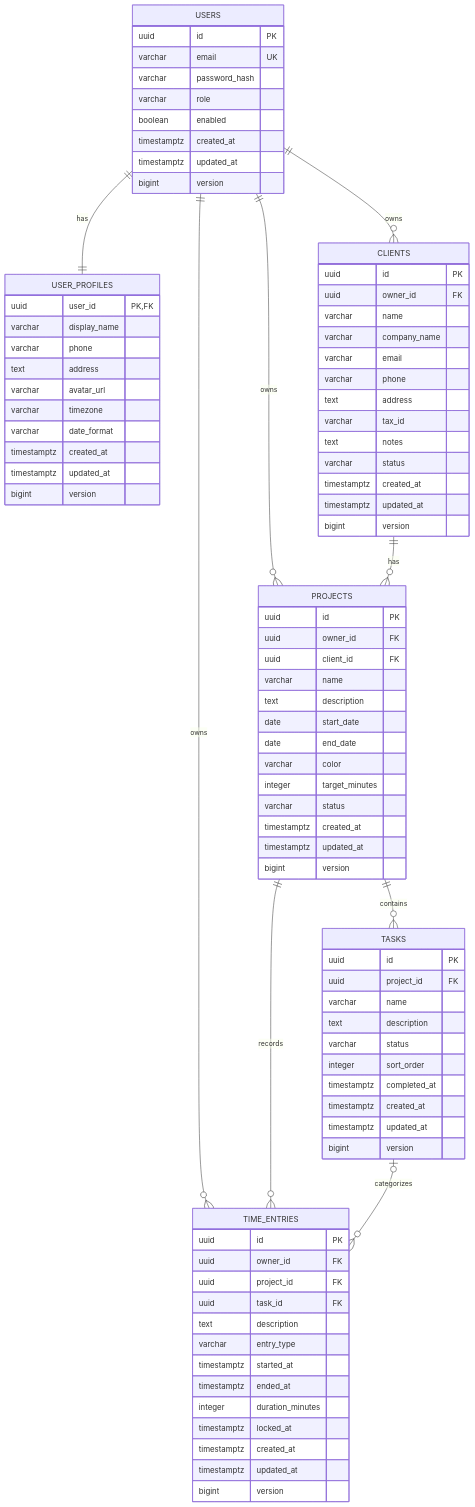
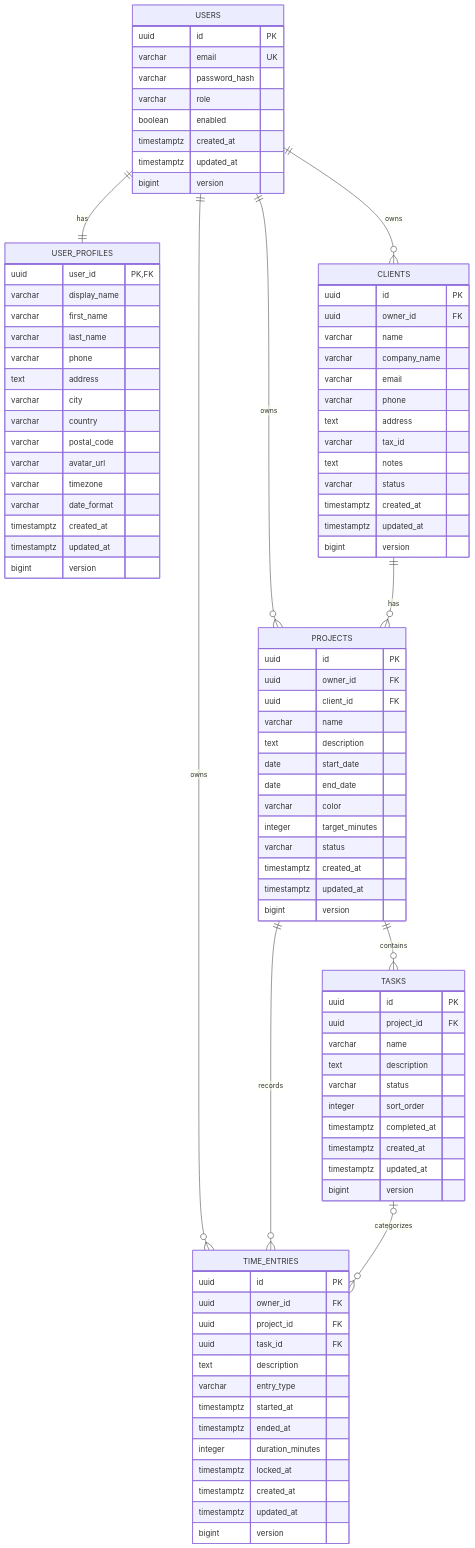
Before and after one commit to lillianxhub/freelance-hub: the diagram in doc/diagrams/er-diagram.md, drawn with Mermaid. The commit also changed 5 other files, not shown here.

Commit message:
feat: update User and UserProfile entities to use UUIDs and OffsetDateTime, enhance database migration scripts, and revise class and ER diagrams

```diff
--- a/doc/diagrams/er-diagram.md
+++ b/doc/diagrams/er-diagram.md
@@ -18,8 +18,13 @@
     USER_PROFILES {
         uuid user_id PK,FK
         varchar display_name
+        varchar first_name
+        varchar last_name
         varchar phone
         text address
+        varchar city
+        varchar country
+        varchar postal_code
         varchar avatar_url
         varchar timezone
         varchar date_format
```
